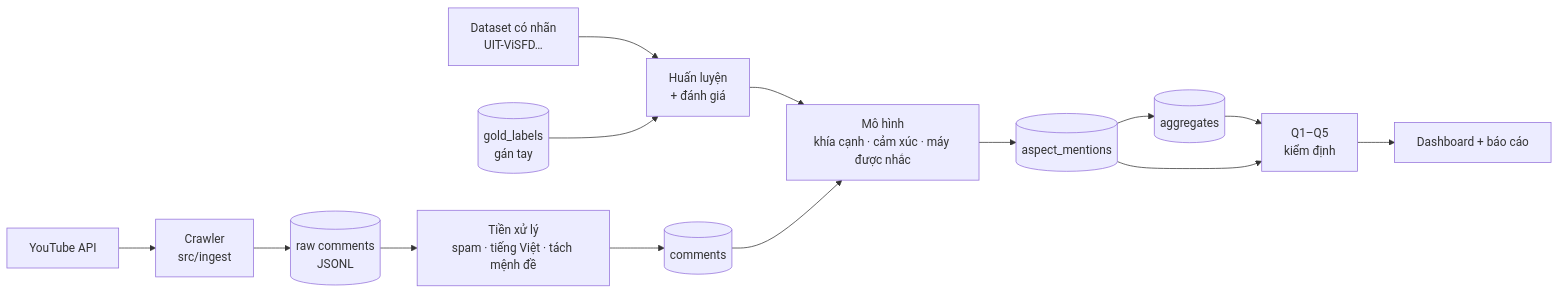
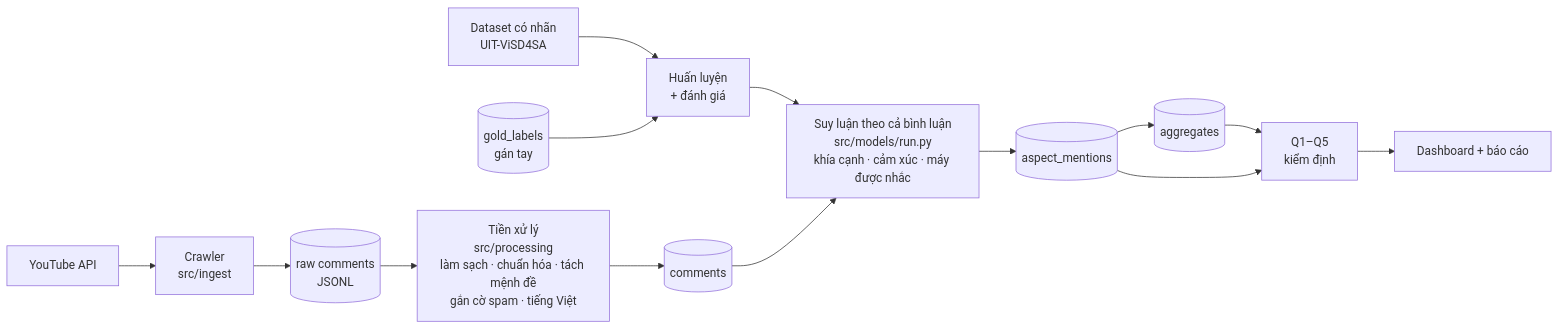
The diagram in README.md (supernewbiecoder/He_thong_phan_tan_phan_tich_luong_binh_luan_sau_ra_mat_dien_thoai_tai_Viet_Nam), drawn with Mermaid before and after one commit. The commit also changed other lines of this file and 131 other files, not shown here.

First line of the commit message:
Tái cấu trúc theo tầng, tầng 2 đủ bước, suy luận rule-v1, tài liệu gán nhãn

````diff
--- a/README.md
+++ b/README.md
@@ -37,16 +37,16 @@
 ```mermaid
 flowchart LR
     YT[YouTube API] --> C[Crawler<br>src/ingest]
     C --> RAW[(raw comments<br>JSONL)]
-    RAW --> PRE[Tiền xử lý<br>spam · tiếng Việt · tách mệnh đề]
+    RAW --> PRE[Tiền xử lý<br>src/processing<br>làm sạch · chuẩn hóa · tách mệnh đề<br>gắn cờ spam · tiếng Việt]
     PRE --> CM[(comments)]
-    EXT[Dataset có nhãn<br>UIT-ViSFD…] --> TRAIN
+    EXT[Dataset có nhãn<br>UIT-ViSD4SA] --> TRAIN
     GOLD[(gold_labels<br>gán tay)] --> TRAIN[Huấn luyện<br>+ đánh giá]
-    TRAIN --> M[Mô hình<br>khía cạnh · cảm xúc · máy được nhắc]
+    TRAIN --> M[Suy luận theo cả bình luận<br>src/models/run.py<br>khía cạnh · cảm xúc · máy được nhắc]
     CM --> M
     M --> AM[(aspect_mentions)]
     AM --> AG[(aggregates)]
     AG --> Q[Q1–Q5<br>kiểm định]
     AM --> Q
     Q --> D[Dashboard + báo cáo]
 ```
````
